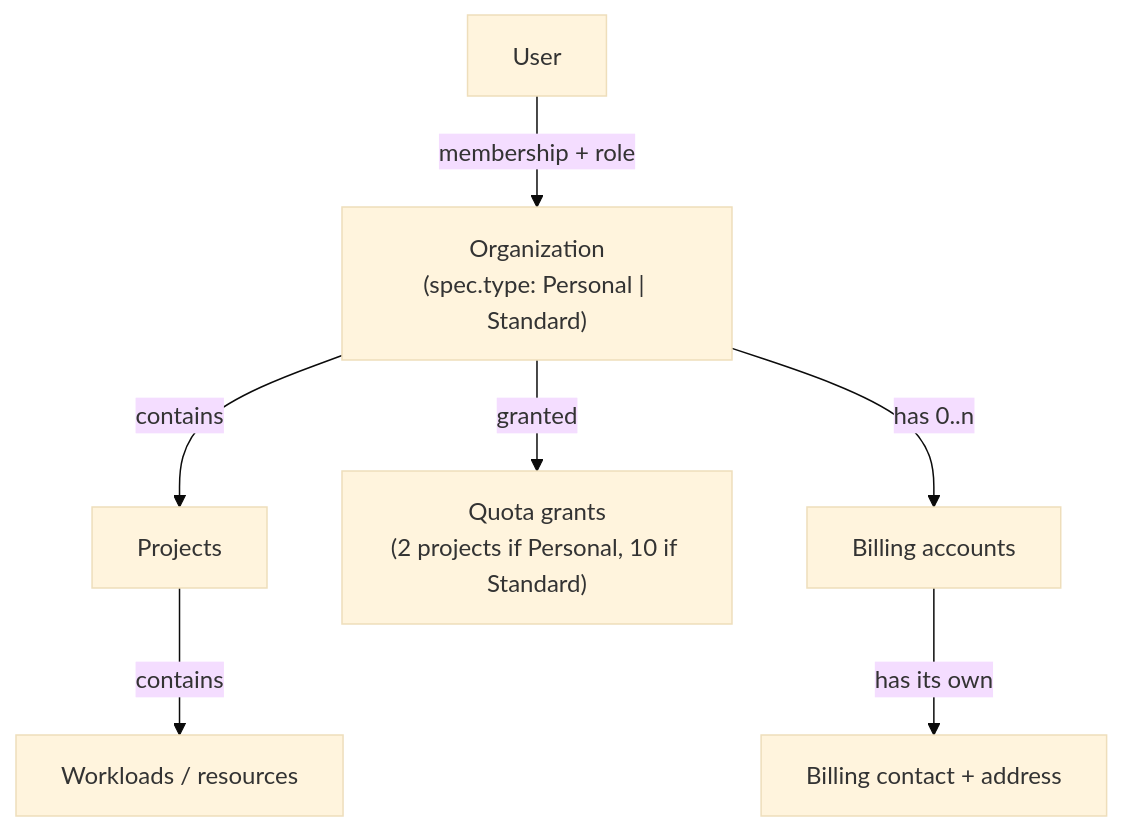
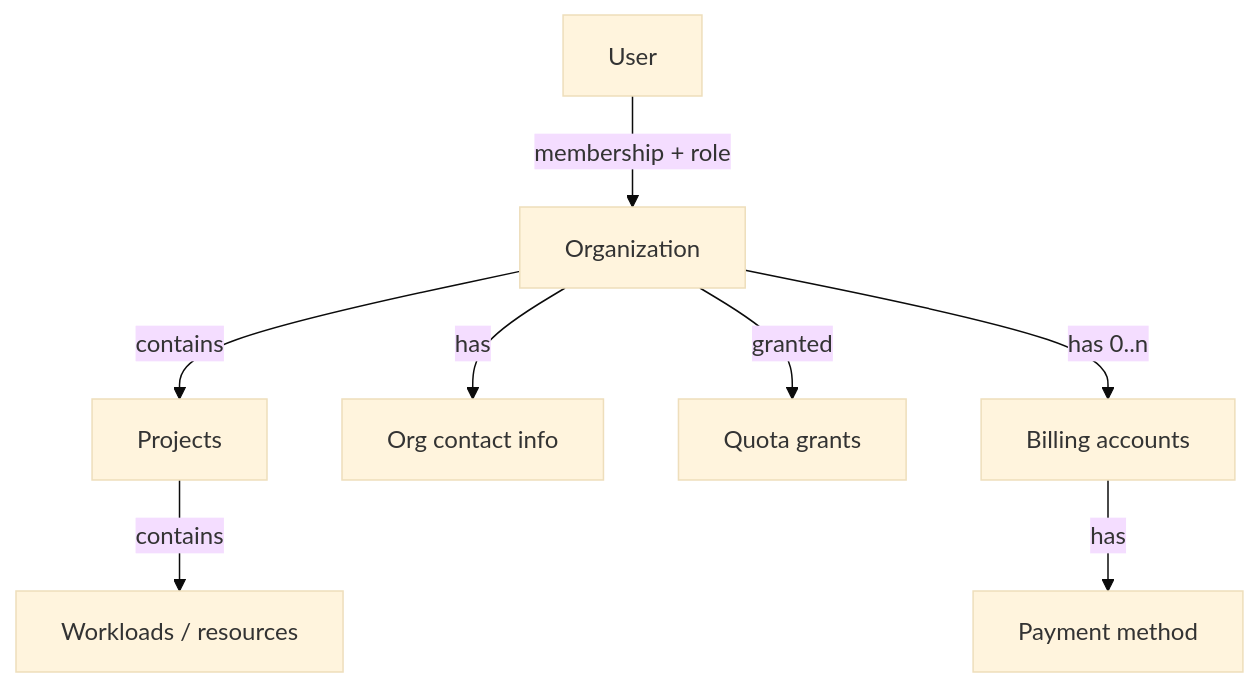
The first of 2 diagrams in enhancements/platform/identity-and-access-management/unified-organizations/README.md (datum-cloud/enhancements), drawn with Mermaid (base theme) before and after one commit. The commit also changed other lines of this file, not shown here.

````diff
--- a/enhancements/platform/identity-and-access-management/unified-organizations/README.md
+++ b/enhancements/platform/identity-and-access-management/unified-organizations/README.md
@@ -101,9 +77,10 @@
 ```mermaid
 flowchart TD
-  user[User] -- membership + role --> org["Organization<br/>(spec.type: Personal | Standard)"]
+  user[User] -- membership + role --> org[Organization]
   org -- contains --> project[Projects]
   project -- contains --> workloads[Workloads / resources]
-  org -- granted --> quota["Quota grants<br/>(2 projects if Personal, 10 if Standard)"]
+  org -- has --> contact[Org contact info]
+  org -- granted --> quota[Quota grants]
   org -- has 0..n --> billing[Billing accounts]
-  billing -- has its own --> billingContact[Billing contact + address]
+  billing -- has --> payment[Payment method]
 ```
````
